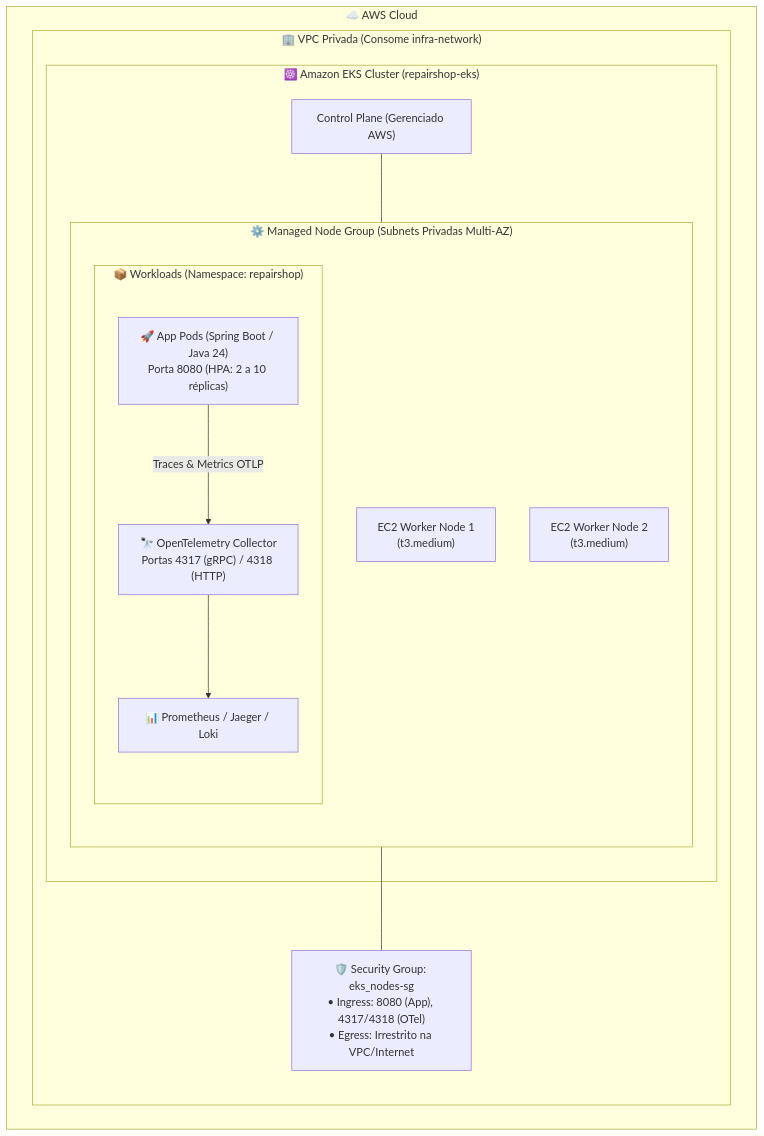
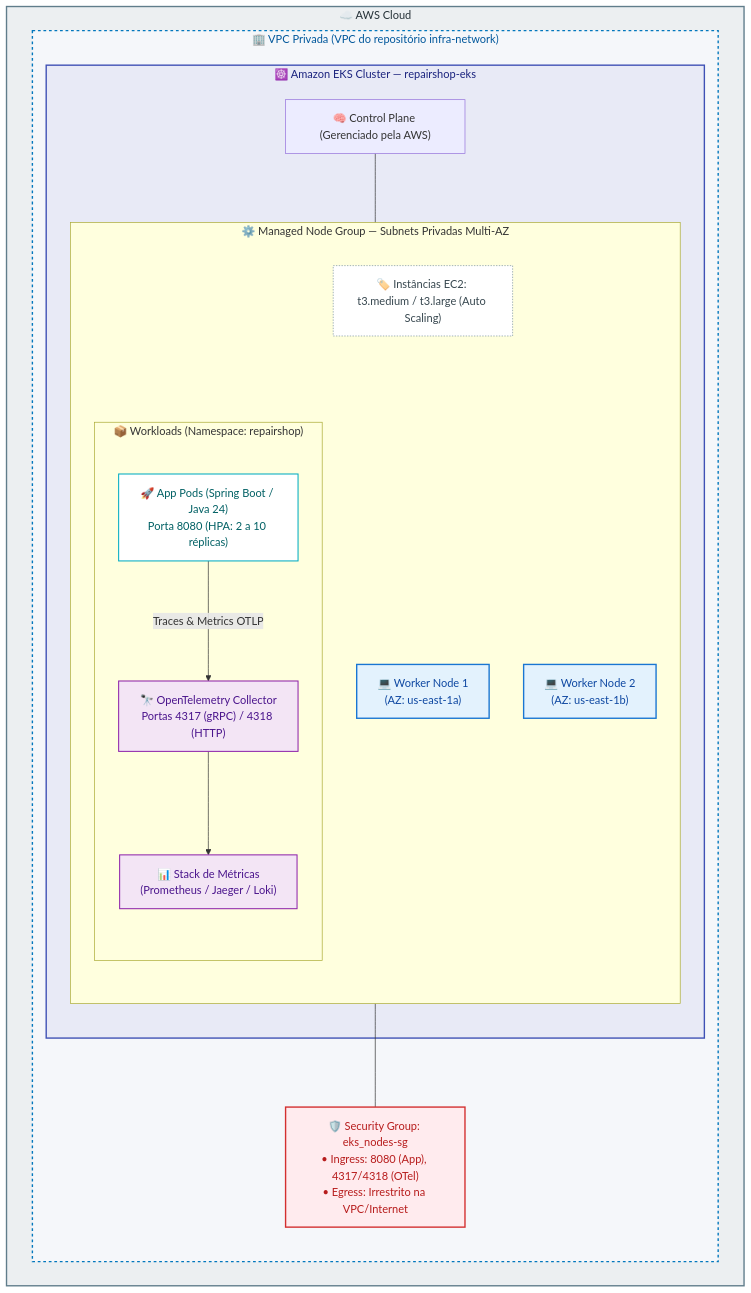
One commit to tech-challenge-fiap-repairshop/tech-challenge-repairshop-infra-eks changed the first of 3 diagrams in README.md. Above: the diagram before and after it, drawn with Mermaid. The commit also changed other lines of this file, not shown here.

Commit message:
docs: standardize Mermaid diagrams with enhanced styling, spacing and Git Flow

````diff
--- a/README.md
+++ b/README.md
@@ -29,29 +29,48 @@
 ```mermaid
 flowchart TB
+    %% Definições de Estilo
+    classDef cloudStyle fill:#ECEFF1,stroke:#607D8B,stroke-width:2px,color:#263238
+    classDef vpcStyle fill:#F5F7FA,stroke:#0277BD,stroke-width:2px,color:#01579B,stroke-dasharray: 4 4
+    classDef eksStyle fill:#E8EAF6,stroke:#3F51B5,stroke-width:2px,color:#1A237E
+    classDef nodeGroupStyle fill:#E3F2FD,stroke:#1976D2,stroke-width:2px,color:#0D47A1
+    classDef workloadStyle fill:#FFFFFF,stroke:#00ACC1,stroke-width:1.5px,color:#006064
+    classDef sgStyle fill:#FFEBEE,stroke:#D32F2F,stroke-width:2px,color:#B71C1C
+    classDef obsStyle fill:#F3E5F5,stroke:#8E24AA,stroke-width:1.5px,color:#4A148C
+    classDef tagStyle fill:#FFFFFF,stroke:#78909C,stroke-width:1px,stroke-dasharray: 2 2,color:#37474F
+
     subgraph AWS_Cloud["☁️ AWS Cloud"]
-        subgraph VPC["🏢 VPC Privada (Consome infra-network)"]
-            subgraph EKS_Cluster["☸️ Amazon EKS Cluster (repairshop-eks)"]
-                ControlPlane["Control Plane (Gerenciado AWS)"]
+        subgraph VPC["🏢 VPC Privada (VPC do repositório infra-network)"]
+            subgraph EKS_Cluster["☸️ Amazon EKS Cluster — repairshop-eks"]
+                ControlPlane["🧠 Control Plane (Gerenciado pela AWS)"]
                 
-                subgraph NodeGroup["⚙️ Managed Node Group (Subnets Privadas Multi-AZ)"]
+                subgraph NodeGroup["⚙️ Managed Node Group — Subnets Privadas Multi-AZ"]
                     direction TB
-                    Node1["EC2 Worker Node 1\n(t3.medium)"]
-                    Node2["EC2 Worker Node 2\n(t3.medium)"]
+                    TagNodes["🏷️ Instâncias EC2: t3.medium / t3.large (Auto Scaling)"]:::tagStyle
+                    
+                    Node1["💻 Worker Node 1\n(AZ: us-east-1a)"]:::nodeGroupStyle
+                    Node2["💻 Worker Node 2\n(AZ: us-east-1b)"]:::nodeGroupStyle
+                    TagNodes ~~~ Node1
                     
                     subgraph Workloads["📦 Workloads (Namespace: repairshop)"]
-                        AppPods["🚀 App Pods (Spring Boot / Java 24)\nPorta 8080 (HPA: 2 a 10 réplicas)"]
-                        OTelPod["🔭 OpenTelemetry Collector\nPortas 4317 (gRPC) / 4318 (HTTP)"]
-                        ObsPods["📊 Prometheus / Jaeger / Loki"]
+                        direction TB
+                        AppPods["🚀 App Pods (Spring Boot / Java 24)\nPorta 8080 (HPA: 2 a 10 réplicas)"]:::workloadStyle
+                        OTelPod["🔭 OpenTelemetry Collector\nPortas 4317 (gRPC) / 4318 (HTTP)"]:::obsStyle
+                        ObsPods["📊 Stack de Métricas\n(Prometheus / Jaeger / Loki)"]:::obsStyle
+                        
+                        AppPods -->|"Traces & Metrics OTLP"| OTelPod
+                        OTelPod --> ObsPods
                     end
                 end
             end
 
-            SG_EKS["🛡️ Security Group: eks_nodes-sg\n• Ingress: 8080 (App), 4317/4318 (OTel)\n• Egress: Irrestrito na VPC/Internet"]
+            SG_EKS["🛡️ Security Group: eks_nodes-sg\n• Ingress: 8080 (App), 4317/4318 (OTel)\n• Egress: Irrestrito na VPC/Internet"]:::sgStyle
         end
     end
+    class AWS_Cloud cloudStyle
+    class VPC vpcStyle
+    class EKS_Cluster eksStyle
+    class NodeGroup nodeGroupStyle
 
     ControlPlane --- NodeGroup
     NodeGroup --- SG_EKS
-    AppPods -->|"Traces & Metrics OTLP"| OTelPod
-    OTelPod --> ObsPods
 ```
````
